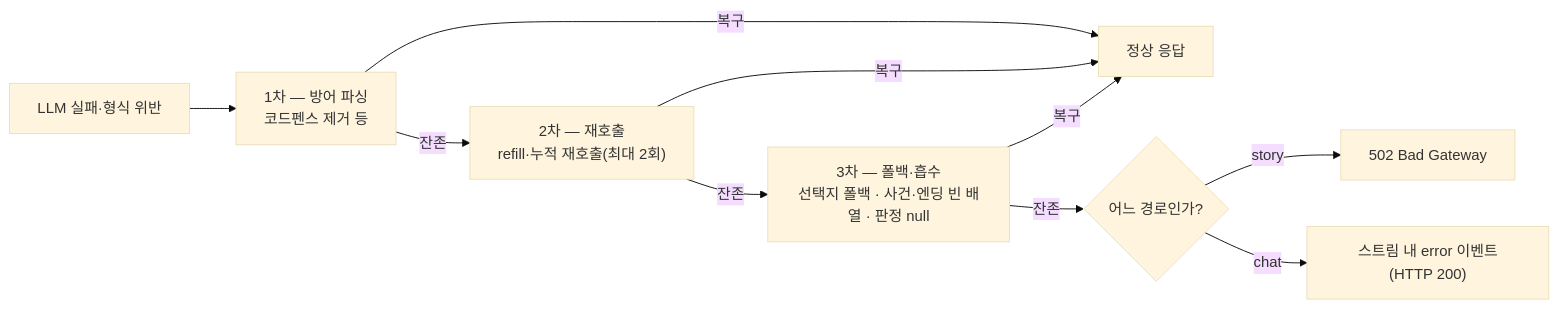
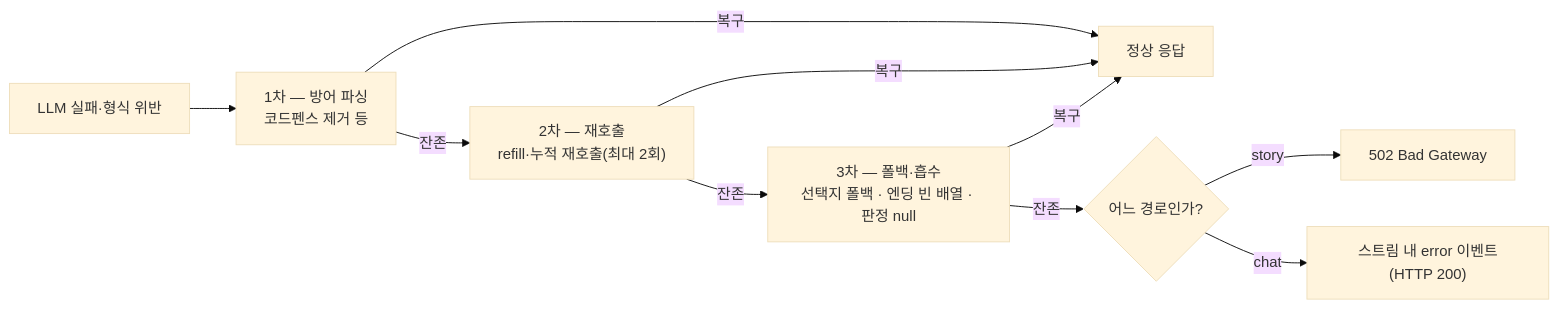
One commit to KIM-N-KANG/knk-harness changed the seventh of 7 diagrams in docs/product-specs/5-ai-server.md. Above: the diagram before and after it, drawn with Mermaid (base theme). The commit also changed other lines of this file, not shown here.

````diff
--- a/docs/product-specs/5-ai-server.md
+++ b/docs/product-specs/5-ai-server.md
@@ -647,12 +664,12 @@
 ```mermaid
 graph LR
     Fail[LLM 실패·형식 위반] --> L1["1차 — 방어 파싱<br/>코드펜스 제거 등"]
     L1 -->|복구| OK[정상 응답]
     L1 -->|잔존| L2["2차 — 재호출<br/>refill·누적 재호출(최대 2회)"]
     L2 -->|복구| OK
-    L2 -->|잔존| L3["3차 — 폴백·흡수<br/>선택지 폴백 · 사건·엔딩 빈 배열 · 판정 null"]
+    L2 -->|잔존| L3["3차 — 폴백·흡수<br/>선택지 폴백 · 엔딩 빈 배열 · 판정 null"]
     L3 -->|복구| OK
     L3 -->|잔존| Split{어느 경로인가?}
     Split -->|story| S502["502 Bad Gateway"]
     Split -->|chat| Err["스트림 내 error 이벤트(HTTP 200)"]
 ```
````
